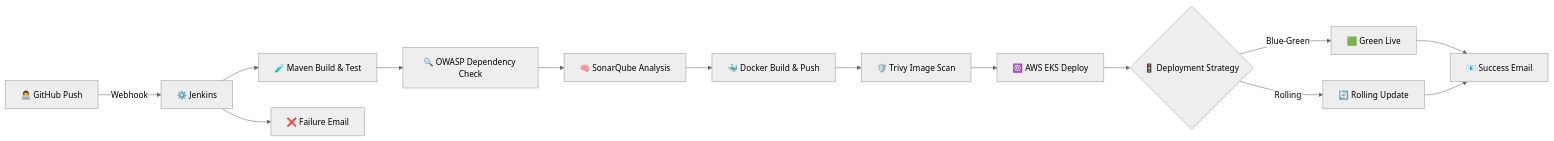
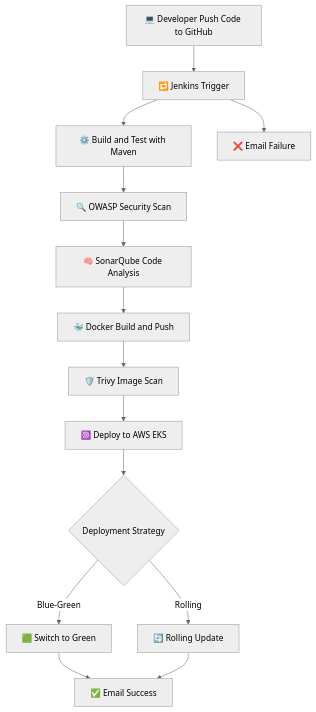
Before and after one commit to Saifudheenpv/Luxstay-Hotel-DevSecOps-Pipeline: the diagram in README.md, drawn with Mermaid (neutral theme). The commit also changed other lines of this file, not shown here.

````diff
--- a/README.md
+++ b/README.md
@@ -31,16 +17,16 @@
 ```mermaid
-flowchart LR
-  A[👨‍💻 GitHub Push] -->|Webhook| B[⚙️ Jenkins]
-  B --> C[🧪 Maven Build & Test]
-  C --> D[🔍 OWASP Dependency Check]
-  D --> E[🧠 SonarQube Analysis]
-  E --> F[🐳 Docker Build & Push]
+flowchart TD
+  A[💻 Developer Push Code to GitHub] --> B[🔁 Jenkins Trigger]
+  B --> C[⚙️ Build and Test with Maven]
+  C --> D[🔍 OWASP Security Scan]
+  D --> E[🧠 SonarQube Code Analysis]
+  E --> F[🐳 Docker Build and Push]
   F --> G[🛡️ Trivy Image Scan]
-  G --> H[☸️ AWS EKS Deploy]
-  H --> I{🚦 Deployment Strategy}
-  I -->|Blue-Green| J[🟩 Green Live]
+  G --> H[☸️ Deploy to AWS EKS]
+  H --> I{Deployment Strategy}
+  I -->|Blue-Green| J[🟩 Switch to Green]
   I -->|Rolling| K[🔄 Rolling Update]
-  J --> L[📧 Success Email]
+  J --> L[✅ Email Success]
   K --> L
-  B --> M[❌ Failure Email]
+  B --> M[❌ Email Failure]
 ```
````
